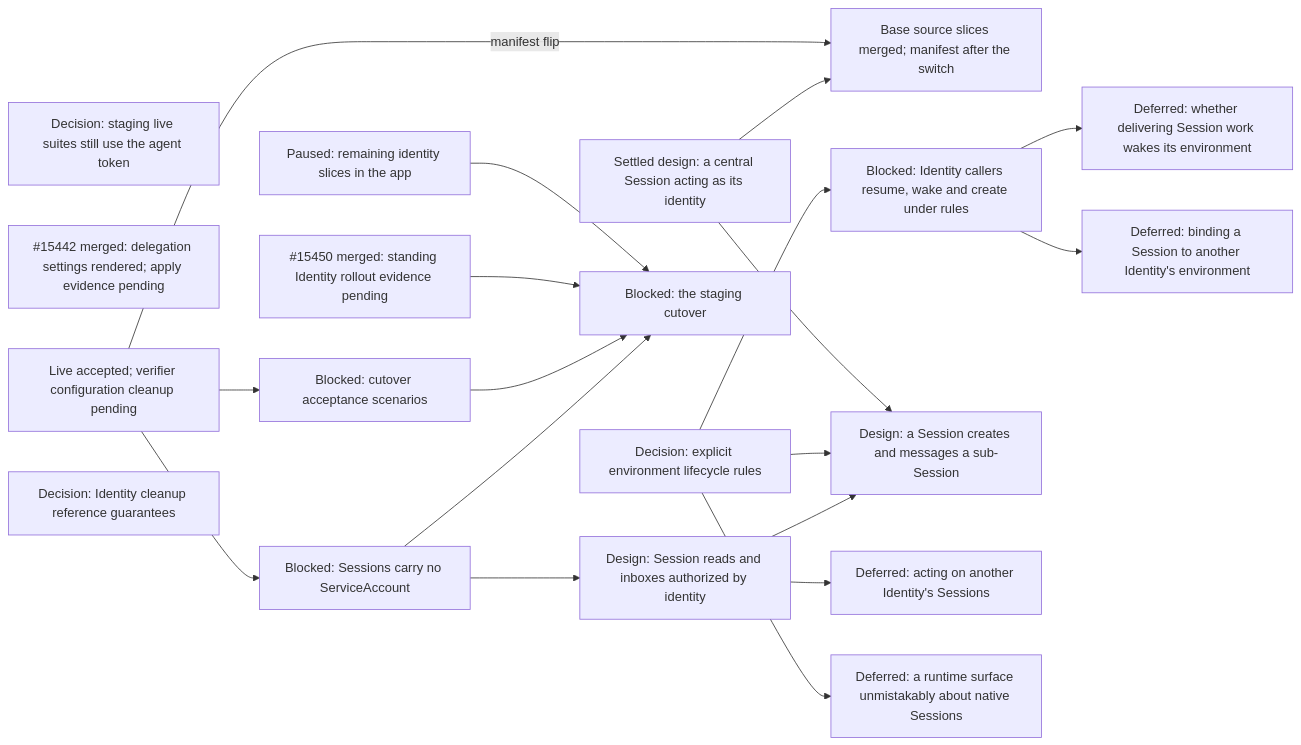
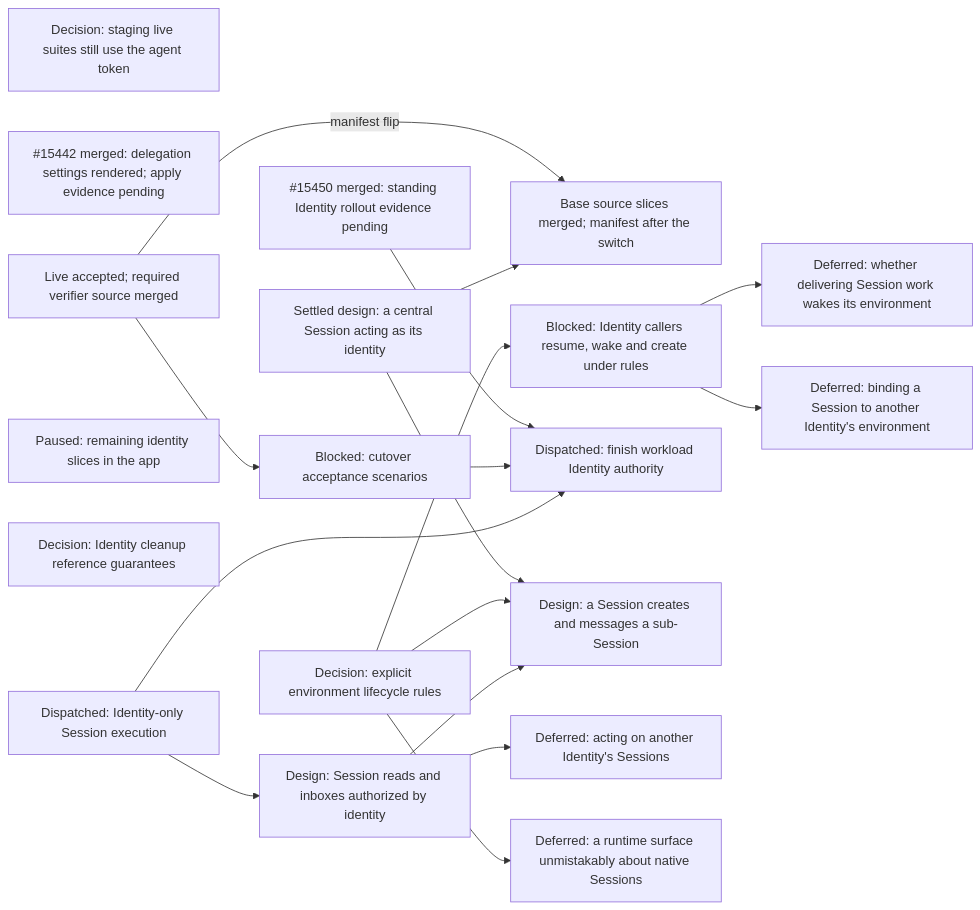
One commit to agentydragon/ducktape changed diagram 16 of 18 in agentplane/plans/task_dag.md. Above: the diagram before and after it, drawn with Mermaid. The commit also changed other lines of this file, not shown here.

Commit message:
docs(agentplane): track dispatched Identity retirement lanes

````diff
--- a/agentplane/plans/task_dag.md
+++ b/agentplane/plans/task_dag.md
@@ -3178,32 +3177,31 @@
 ```mermaid
 flowchart LR
     APP_AGENT_TOKEN_DECISION[Decision: staging live suites still use the agent token]
     SERVICES_IDENTITY_PRINCIPAL[#15442 merged: delegation settings rendered; apply evidence pending]
     CENTRAL_SESSION_ACTING_DESIGN[Settled design: a central Session acting as its identity]
     CENTRAL_SESSION_DELEGATED_ACTING[Base source slices merged; manifest after the switch]
     CENTRAL_SESSION_ACTING_DESIGN --> CENTRAL_SESSION_DELEGATED_ACTING
     SANDBOX_IDENTITY_SPEC -->|manifest flip| CENTRAL_SESSION_DELEGATED_ACTING
     STANDING_WORKLOAD_IDENTITY[#15450 merged: standing Identity rollout evidence pending]
     ENVIRONMENT_RULE_TYPE_DESIGN[Decision: explicit environment lifecycle rules]
     ENVIRONMENT_LIFECYCLE_RULES[Blocked: Identity callers resume, wake and create under rules]
     ENVIRONMENT_RULE_TYPE_DESIGN --> ENVIRONMENT_LIFECYCLE_RULES
     APP_IDENTITIES_UI[Paused: remaining identity slices in the app]
     IDENTITY_CLEANUP_REFERENCE_DECISION[Decision: Identity cleanup reference guarantees]
-    SANDBOX_IDENTITY_SPEC[Live accepted; verifier configuration cleanup pending]
+    SANDBOX_IDENTITY_SPEC[Live accepted; required verifier source merged]
     SANDBOX_IDENTITY_SPEC --> IDENTITY_SYSTEM_TESTS[Blocked: cutover acceptance scenarios]
-    SANDBOX_IDENTITY_SPEC --> SESSION_SA_PRINCIPAL_REMOVAL[Blocked: Sessions carry no ServiceAccount]
+    SESSION_SA_PRINCIPAL_REMOVAL[Dispatched: Identity-only Session execution]
     SESSION_SA_PRINCIPAL_REMOVAL --> IDENTITY_CUTOVER
     SESSION_SA_PRINCIPAL_REMOVAL --> SESSION_IDENTITY_AUTHZ
     SESSION_SUBAGENT_DELEGATION[Design: a Session creates and messages a sub-Session]
     SESSION_IDENTITY_AUTHZ --> SESSION_SUBAGENT_DELEGATION
     ENVIRONMENT_RULE_TYPE_DESIGN --> SESSION_SUBAGENT_DELEGATION
     CENTRAL_SESSION_ACTING_DESIGN --> SESSION_SUBAGENT_DELEGATION
-    IDENTITY_SYSTEM_TESTS --> IDENTITY_CUTOVER[Blocked: the staging cutover]
+    IDENTITY_SYSTEM_TESTS --> IDENTITY_CUTOVER[Dispatched: finish workload Identity authority]
     STANDING_WORKLOAD_IDENTITY --> IDENTITY_CUTOVER
-    APP_IDENTITIES_UI --> IDENTITY_CUTOVER
     SESSION_IDENTITY_AUTHZ[Design: Session reads and inboxes authorized by identity]
     SESSION_IDENTITY_AUTHZ --> SESSION_CROSS_IDENTITY_AUTHORITY[Deferred: acting on another Identity's Sessions]
     ENVIRONMENT_RULE_TYPE_DESIGN --> ENVIRONMENT_RUNTIME_NATIVE_SURFACE[Deferred: a runtime surface unmistakably about native Sessions]
     ENVIRONMENT_LIFECYCLE_RULES --> WAKE_ON_DELIVERY_DESIGN[Deferred: whether delivering Session work wakes its environment]
     ENVIRONMENT_LIFECYCLE_RULES --> CROSS_IDENTITY_SESSION_BINDING[Deferred: binding a Session to another Identity's environment]
 ```
````
